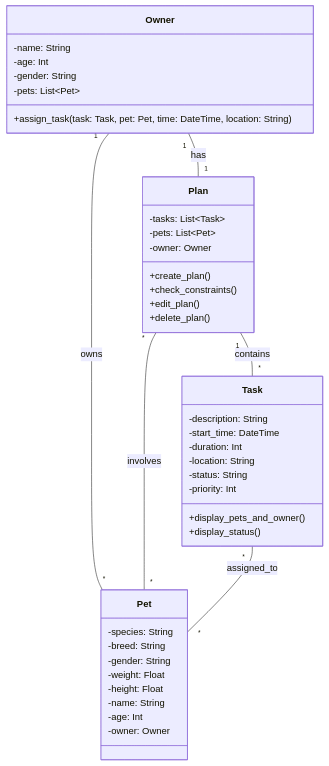
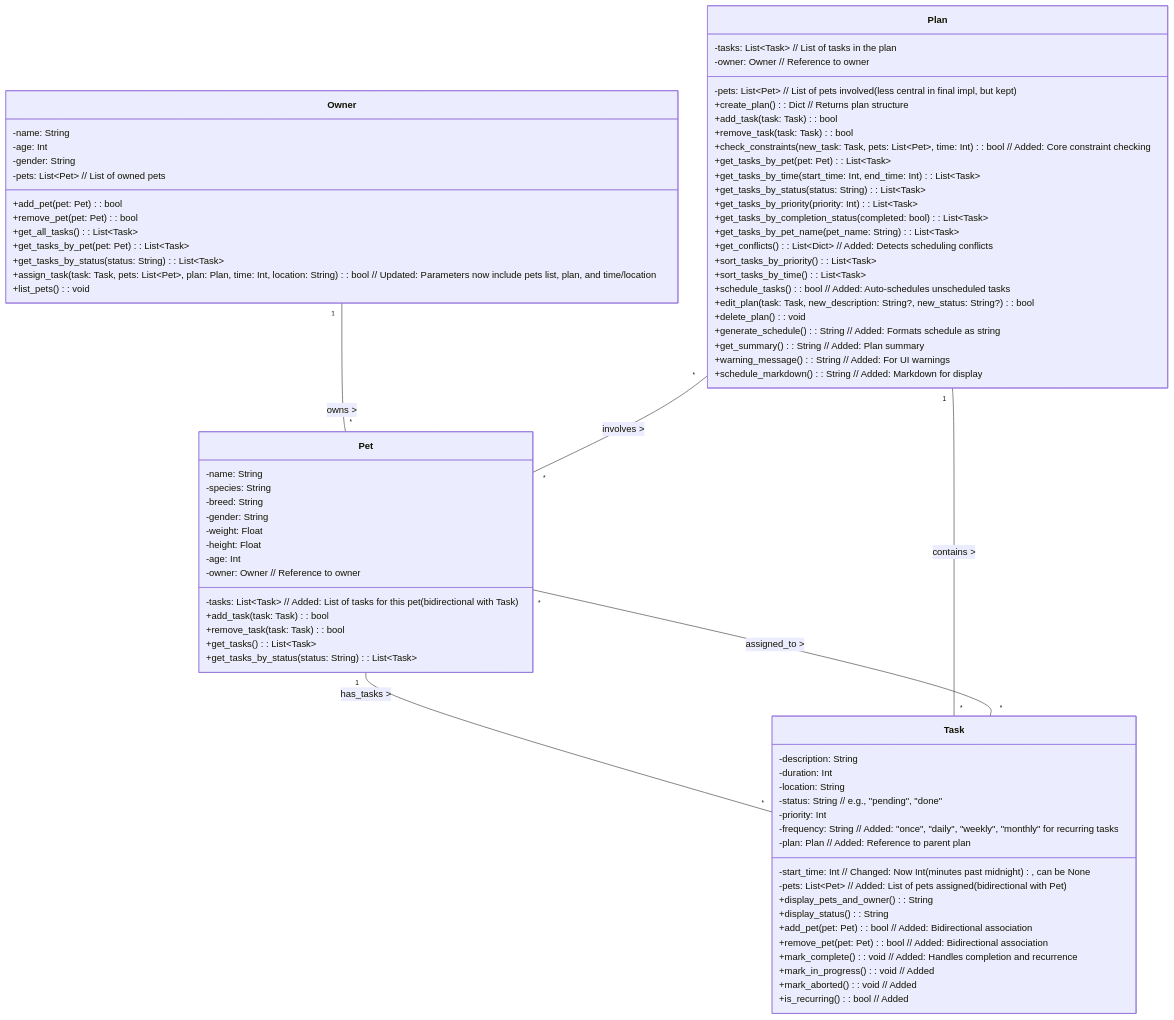
One commit to AkilJoseph02/ai110-module2show-pawpal-starter changed the diagram in pawpal_class_diagram.mmd. Above: the diagram before and after it, drawn with Mermaid. The commit also changed 2 other files, not shown here.

Commit message:
final commit

```diff
--- a/pawpal_class_diagram.mmd
+++ b/pawpal_class_diagram.mmd
@@ -1,46 +1,83 @@
 classDiagram
     class Pet {
+        -name: String
         -species: String
         -breed: String
         -gender: String
         -weight: Float
         -height: Float
-        -name: String
         -age: Int
-        -owner: Owner
+        -owner: Owner  // Reference to owner
+        -tasks: List~Task~  // Added: List of tasks for this pet (bidirectional with Task)
+        +add_task(task: Task): bool
+        +remove_task(task: Task): bool
+        +get_tasks(): List~Task~
+        +get_tasks_by_status(status: String): List~Task~
     }
     
     class Task {
         -description: String
-        -start_time: DateTime
+        -start_time: Int  // Changed: Now Int (minutes past midnight), can be None
         -duration: Int
         -location: String
-        -status: String
+        -status: String  // e.g., "pending", "done"
         -priority: Int
-        +display_pets_and_owner()
-        +display_status()
+        -frequency: String  // Added: "once", "daily", "weekly", "monthly" for recurring tasks
+        -plan: Plan  // Added: Reference to parent plan
+        -pets: List~Pet~  // Added: List of pets assigned (bidirectional with Pet)
+        +display_pets_and_owner(): String
+        +display_status(): String
+        +add_pet(pet: Pet): bool  // Added: Bidirectional association
+        +remove_pet(pet: Pet): bool  // Added: Bidirectional association
+        +mark_complete(): void  // Added: Handles completion and recurrence
+        +mark_in_progress(): void  // Added
+        +mark_aborted(): void  // Added
+        +is_recurring(): bool  // Added
     }
     
     class Owner {
         -name: String
         -age: Int
         -gender: String
-        -pets: List~Pet~
-        +assign_task(task: Task, pet: Pet, time: DateTime, location: String)
+        -pets: List~Pet~  // List of owned pets
+        +add_pet(pet: Pet): bool
+        +remove_pet(pet: Pet): bool
+        +get_all_tasks(): List~Task~
+        +get_tasks_by_pet(pet: Pet): List~Task~
+        +get_tasks_by_status(status: String): List~Task~
+        +assign_task(task: Task, pets: List~Pet~, plan: Plan, time: Int, location: String): bool  // Updated: Parameters now include pets list, plan, and time/location
+        +list_pets(): void
     }
     
     class Plan {
-        -tasks: List~Task~
-        -pets: List~Pet~
-        -owner: Owner
-        +create_plan()
-        +check_constraints()
-        +edit_plan()
-        +delete_plan()
+        -tasks: List~Task~  // List of tasks in the plan
+        -pets: List~Pet~  // List of pets involved (less central in final impl, but kept)
+        -owner: Owner  // Reference to owner
+        +create_plan(): Dict  // Returns plan structure
+        +add_task(task: Task): bool
+        +remove_task(task: Task): bool
+        +check_constraints(new_task: Task, pets: List~Pet~, time: Int): bool  // Added: Core constraint checking
+        +get_tasks_by_pet(pet: Pet): List~Task~
+        +get_tasks_by_time(start_time: Int, end_time: Int): List~Task~
+        +get_tasks_by_status(status: String): List~Task~
+        +get_tasks_by_priority(priority: Int): List~Task~
+        +get_tasks_by_completion_status(completed: bool): List~Task~
+        +get_tasks_by_pet_name(pet_name: String): List~Task~
+        +get_conflicts(): List~Dict~  // Added: Detects scheduling conflicts
+        +sort_tasks_by_priority(): List~Task~
+        +sort_tasks_by_time(): List~Task~
+        +schedule_tasks(): bool  // Added: Auto-schedules unscheduled tasks
+        +edit_plan(task: Task, new_description: String?, new_status: String?): bool
+        +delete_plan(): void
+        +generate_schedule(): String  // Added: Formats schedule as string
+        +get_summary(): String  // Added: Plan summary
+        +warning_message(): String  // Added: For UI warnings
+        +schedule_markdown(): String  // Added: Markdown for display
     }
     
-    Owner "1" -- "*" Pet : owns
-    Owner "1" -- "1" Plan : has
-    Plan "1" -- "*" Task : contains
-    Plan "*" -- "*" Pet : involves
-    Task "*" -- "*" Pet : assigned_to
+    %% Associations (updated for bidirectionality and completeness)
+    Owner "1" -- "*" Pet : owns >
+    Pet "1" -- "*" Task : has_tasks >  
+    Plan "1" -- "*" Task : contains > 
+    Plan "*" -- "*" Pet : involves >
+    Task "*" -- "*" Pet : assigned_to >
```
